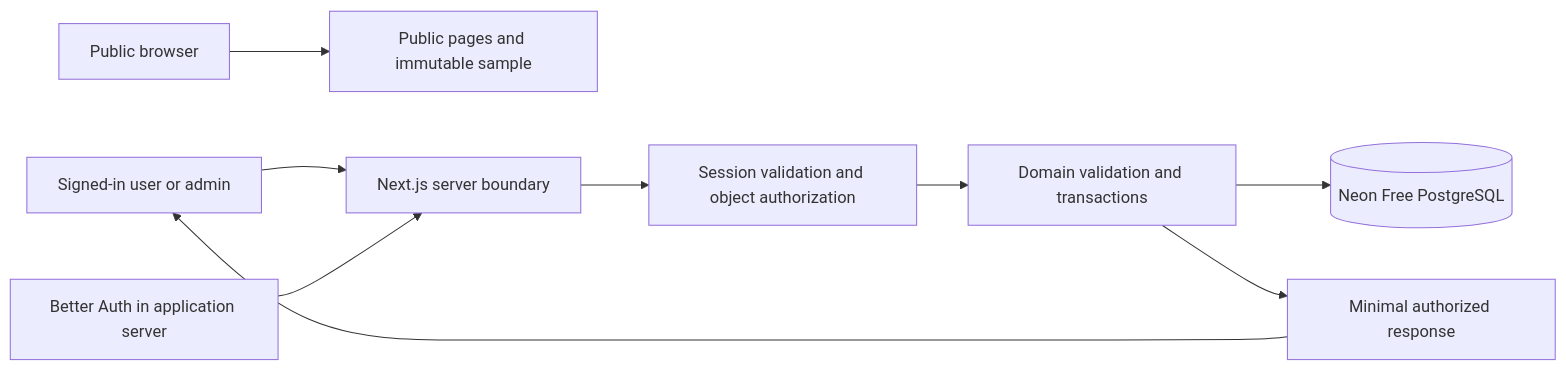
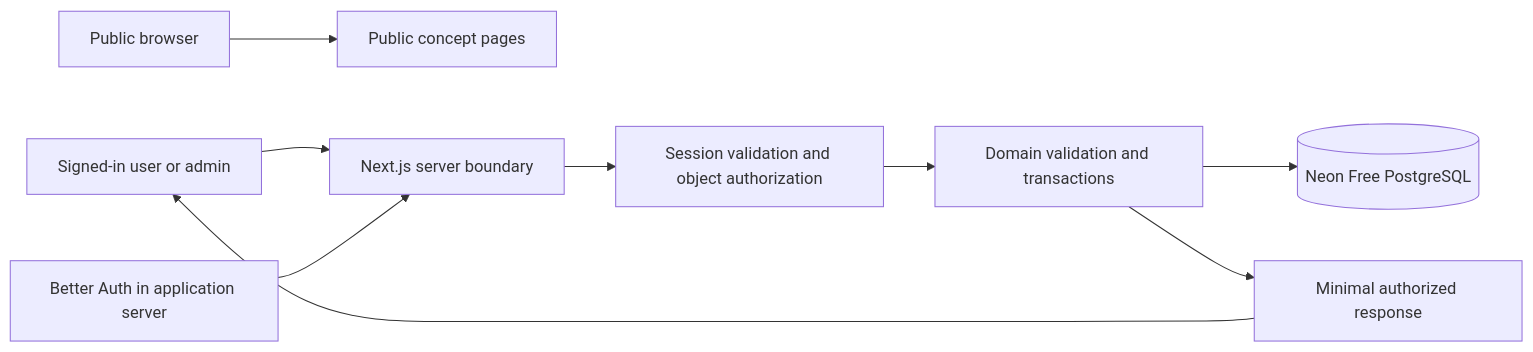
One commit to alifaguslerian/CELAHAN changed the diagram in docs/engineering/ARCHITECTURE.md. Above: the diagram before and after it, drawn with Mermaid. The commit also changed other lines of this file and 43 other files, not shown here.

````diff
--- a/docs/engineering/ARCHITECTURE.md
+++ b/docs/engineering/ARCHITECTURE.md
@@ -11,11 +11,11 @@
 ```mermaid
 flowchart LR
-  P[Public browser] --> W[Public pages and immutable sample]
+  P[Public browser] --> W[Public concept pages]
   U[Signed-in user or admin] --> S[Next.js server boundary]
   A[Better Auth in application server] --> S
   S --> Z[Session validation and object authorization]
   Z --> V[Domain validation and transactions]
   V --> D[(Neon Free PostgreSQL)]
   V --> R[Minimal authorized response]
   R --> U
 ```
````
